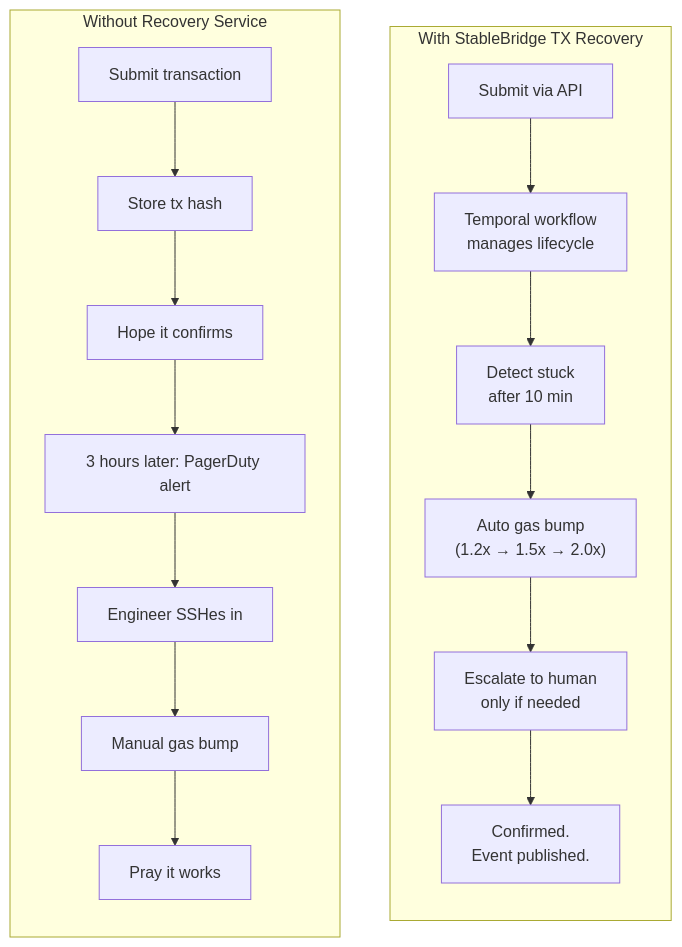
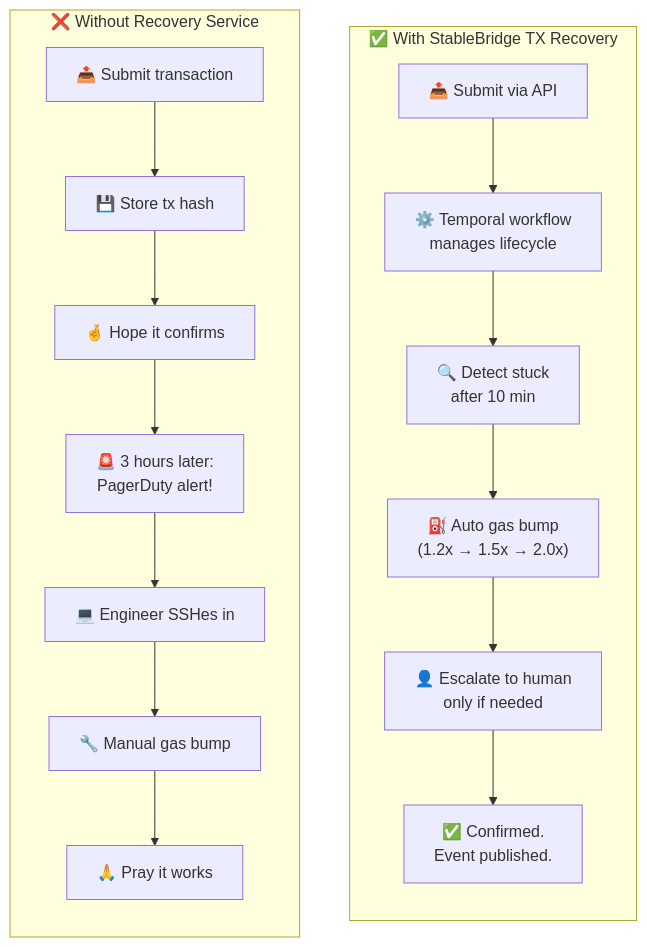
One commit to Puneethkumarck/stablebridge-tx-recovery changed the first of 9 diagrams in README.md. Above: the diagram before and after it, drawn with Mermaid. The commit also changed other lines of this file, not shown here.

````diff
--- a/README.md
+++ b/README.md
@@ -129,23 +148,23 @@
 ```mermaid
 flowchart LR
-    subgraph Without["Without Recovery Service"]
+    subgraph Without["❌ Without Recovery Service"]
         direction TB
-        A1["Submit transaction"] --> A2["Store tx hash"]
-        A2 --> A3["Hope it confirms"]
-        A3 --> A4["3 hours later: PagerDuty alert"]
-        A4 --> A5["Engineer SSHes in"]
-        A5 --> A6["Manual gas bump"]
-        A6 --> A7["Pray it works"]
+        A1["📤 Submit transaction"] --> A2["💾 Store tx hash"]
+        A2 --> A3["🤞 Hope it confirms"]
+        A3 --> A4["🚨 3 hours later:<br/>PagerDuty alert!"]
+        A4 --> A5["💻 Engineer SSHes in"]
+        A5 --> A6["🔧 Manual gas bump"]
+        A6 --> A7["🙏 Pray it works"]
     end
 
-    subgraph With["With StableBridge TX Recovery"]
+    subgraph With["✅ With StableBridge TX Recovery"]
         direction TB
-        B1["Submit via API"] --> B2["Temporal workflow<br/>manages lifecycle"]
-        B2 --> B3["Detect stuck<br/>after 10 min"]
-        B3 --> B4["Auto gas bump<br/>(1.2x → 1.5x → 2.0x)"]
-        B4 --> B5["Escalate to human<br/>only if needed"]
-        B5 --> B6["Confirmed.<br/>Event published."]
+        B1["📤 Submit via API"] --> B2["⚙️ Temporal workflow<br/>manages lifecycle"]
+        B2 --> B3["🔍 Detect stuck<br/>after 10 min"]
+        B3 --> B4["⛽ Auto gas bump<br/>(1.2x → 1.5x → 2.0x)"]
+        B4 --> B5["👤 Escalate to human<br/>only if needed"]
+        B5 --> B6["✅ Confirmed.<br/>Event published."]
     end
 
     Without ~~~ With
 ```
````
